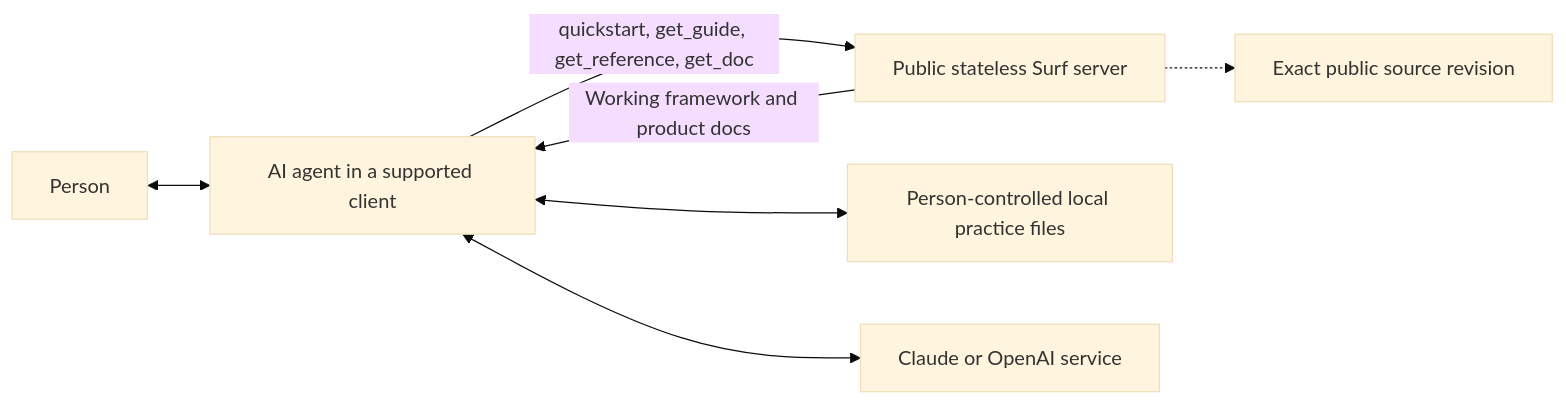
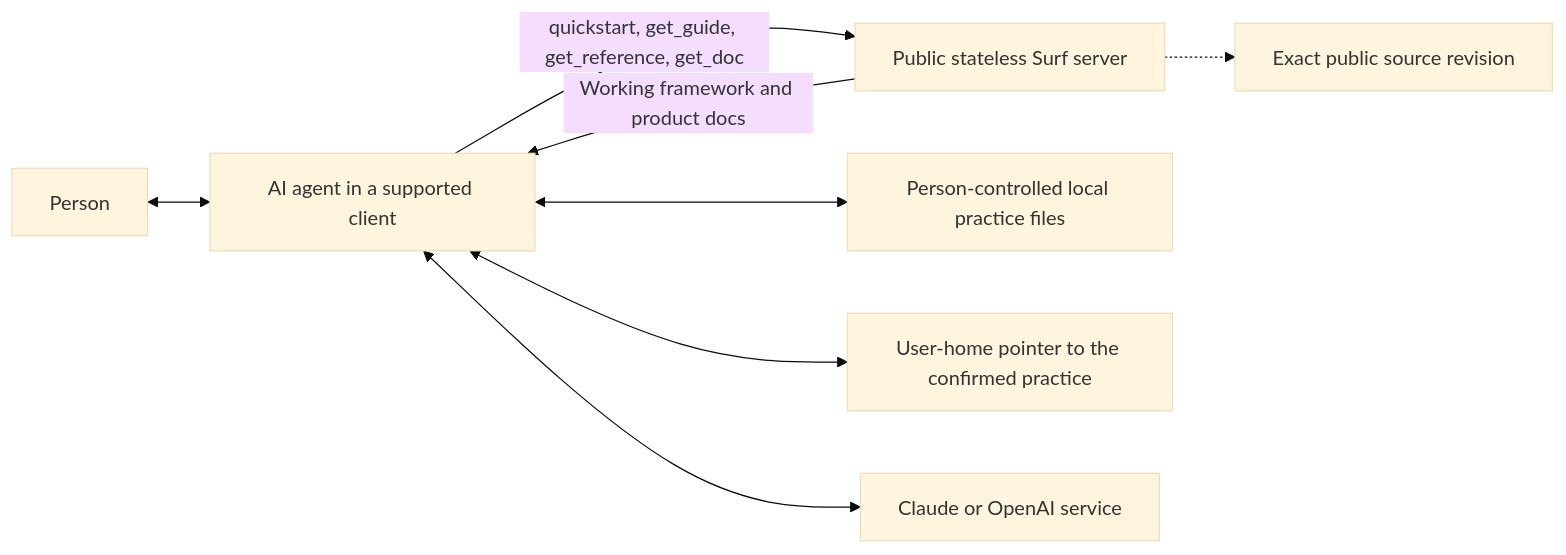
One commit to withnative/surf changed the diagram in docs/how-surf-works.md. Above: the diagram before and after it, drawn with Mermaid (base theme). The commit also changed other lines of this file and 18 other files, not shown here.

First line of the commit message:
Add deterministic Surf practice locator (#2)

````diff
--- a/docs/how-surf-works.md
+++ b/docs/how-surf-works.md
@@ -7,9 +7,10 @@
 ```mermaid
 flowchart LR
     Person["Person"] <--> Agent["AI agent in a supported client"]
     Agent -->|"quickstart, get_guide, get_reference, get_doc"| Surf["Public stateless Surf server"]
     Surf -->|"Working framework and product docs"| Agent
     Agent <--> Files["Person-controlled local practice files"]
+    Agent <--> Locator["User-home pointer to the confirmed practice"]
     Agent <--> Provider["Claude or OpenAI service"]
     Surf -.-> Source["Exact public source revision"]
 ```
````
